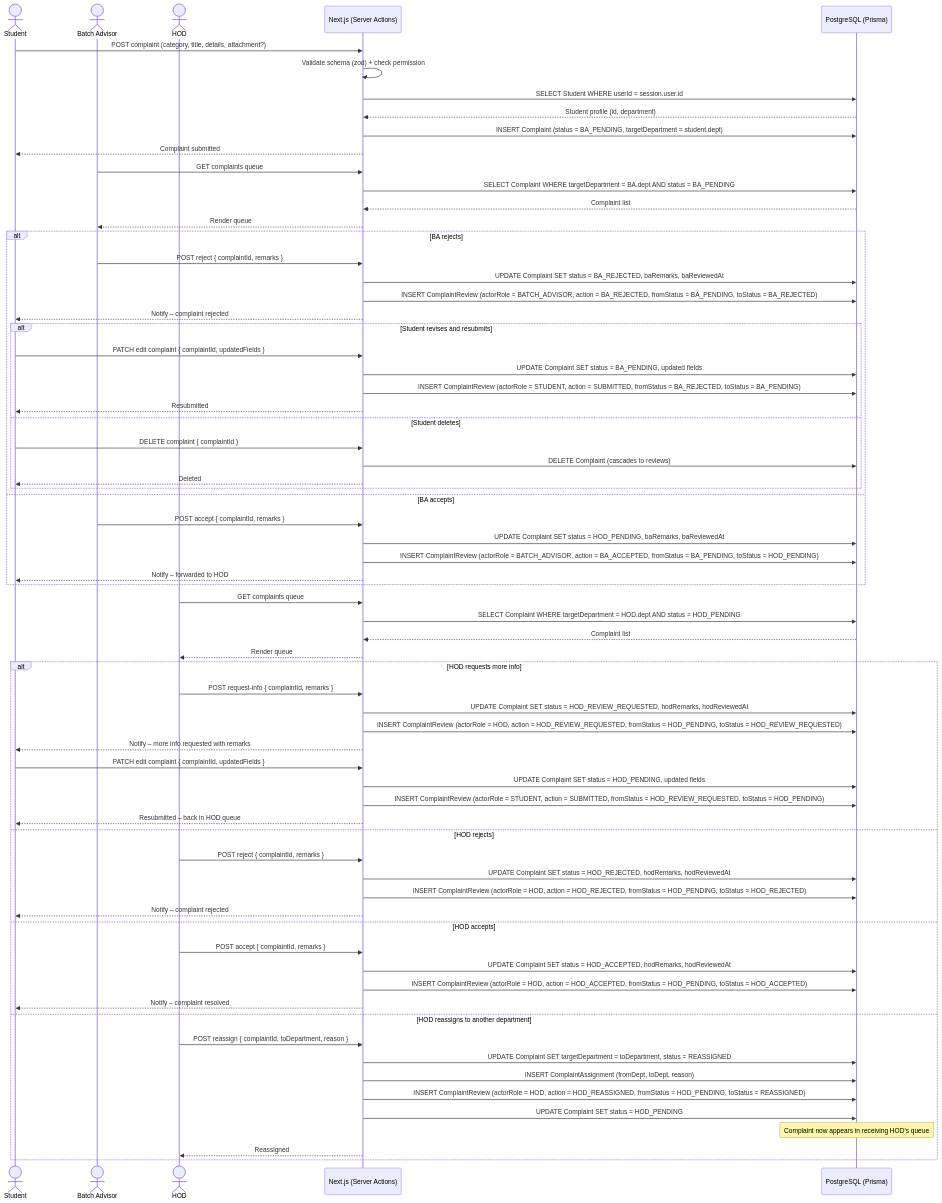
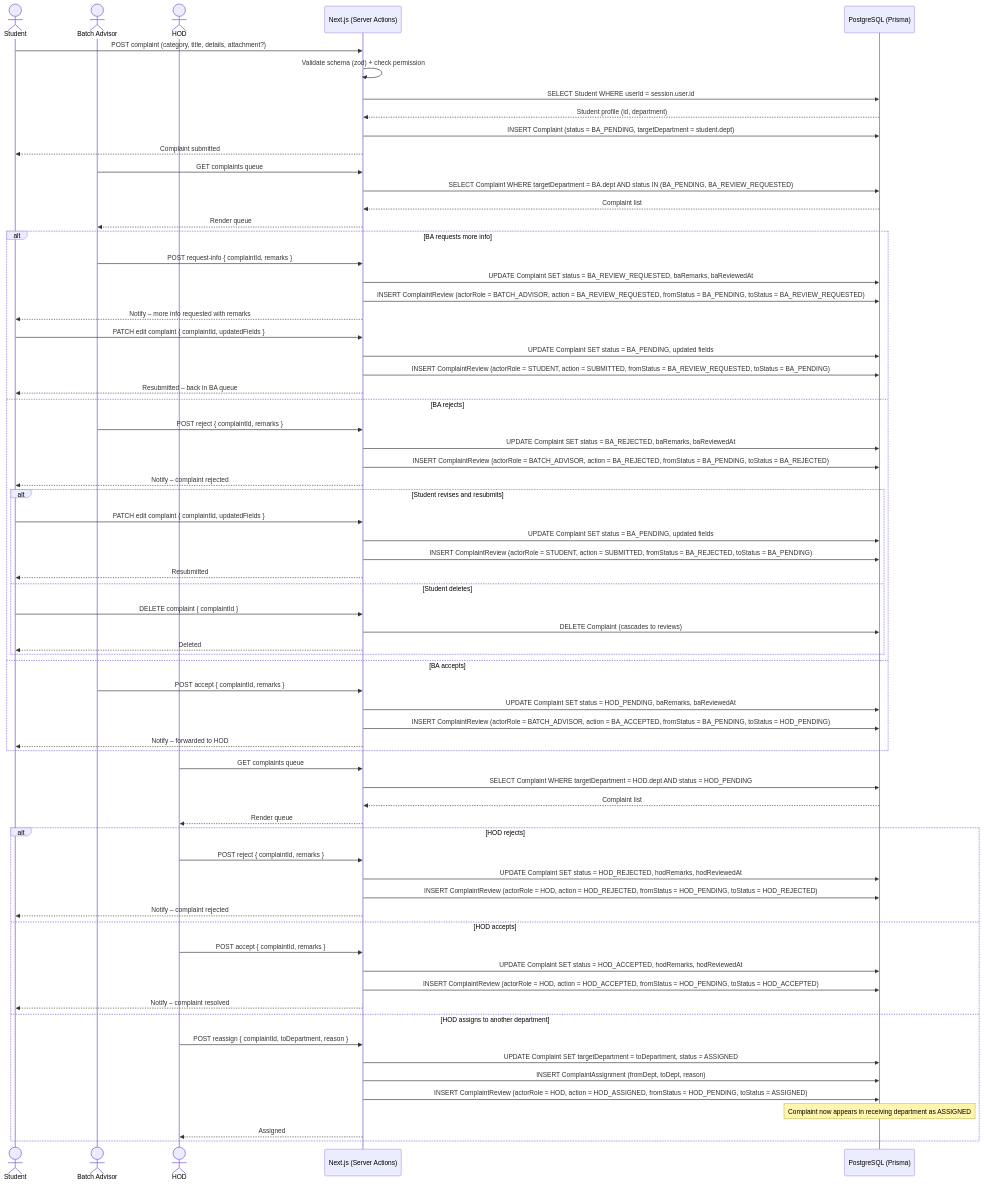
The fourth of 5 diagrams in docs/05-sequence-diagrams.md (Ali1raz/portal-cui), drawn with Mermaid before and after one commit. The commit also changed other lines of this file and 4 other files, not shown here.

Commit message:
docs: update leave request and complaint flow

````diff
--- a/docs/05-sequence-diagrams.md
+++ b/docs/05-sequence-diagrams.md
@@ -197,76 +197,75 @@
 ```mermaid
 sequenceDiagram
     actor Student
     actor BA as Batch Advisor
     actor HOD
     participant Portal as Next.js (Server Actions)
     participant DB as PostgreSQL (Prisma)
 
     Student->>Portal: POST complaint (category, title, details, attachment?)
     Portal->>Portal: Validate schema (zod) + check permission
     Portal->>DB: SELECT Student WHERE userId = session.user.id
     DB-->>Portal: Student profile (id, department)
     Portal->>DB: INSERT Complaint (status = BA_PENDING, targetDepartment = student.dept)
     Portal-->>Student: Complaint submitted
 
     BA->>Portal: GET complaints queue
-    Portal->>DB: SELECT Complaint WHERE targetDepartment = BA.dept AND status = BA_PENDING
+    Portal->>DB: SELECT Complaint WHERE targetDepartment = BA.dept AND status IN (BA_PENDING, BA_REVIEW_REQUESTED)
     DB-->>Portal: Complaint list
     Portal-->>BA: Render queue
 
-    alt BA rejects
+    alt BA requests more info
+        BA->>Portal: POST request-info { complaintId, remarks }
+        Portal->>DB: UPDATE Complaint SET status = BA_REVIEW_REQUESTED, baRemarks, baReviewedAt
+        Portal->>DB: INSERT ComplaintReview (actorRole = BATCH_ADVISOR, action = BA_REVIEW_REQUESTED, fromStatus = BA_PENDING, toStatus = BA_REVIEW_REQUESTED)
+        Portal-->>Student: Notify – more info requested with remarks
+        Student->>Portal: PATCH edit complaint { complaintId, updatedFields }
+        Portal->>DB: UPDATE Complaint SET status = BA_PENDING, updated fields
+        Portal->>DB: INSERT ComplaintReview (actorRole = STUDENT, action = SUBMITTED, fromStatus = BA_REVIEW_REQUESTED, toStatus = BA_PENDING)
+        Portal-->>Student: Resubmitted – back in BA queue
+    else BA rejects
         BA->>Portal: POST reject { complaintId, remarks }
         Portal->>DB: UPDATE Complaint SET status = BA_REJECTED, baRemarks, baReviewedAt
         Portal->>DB: INSERT ComplaintReview (actorRole = BATCH_ADVISOR, action = BA_REJECTED, fromStatus = BA_PENDING, toStatus = BA_REJECTED)
         Portal-->>Student: Notify – complaint rejected
         alt Student revises and resubmits
             Student->>Portal: PATCH edit complaint { complaintId, updatedFields }
             Portal->>DB: UPDATE Complaint SET status = BA_PENDING, updated fields
             Portal->>DB: INSERT ComplaintReview (actorRole = STUDENT, action = SUBMITTED, fromStatus = BA_REJECTED, toStatus = BA_PENDING)
             Portal-->>Student: Resubmitted
         else Student deletes
             Student->>Portal: DELETE complaint { complaintId }
             Portal->>DB: DELETE Complaint (cascades to reviews)
             Portal-->>Student: Deleted
         end
     else BA accepts
         BA->>Portal: POST accept { complaintId, remarks }
         Portal->>DB: UPDATE Complaint SET status = HOD_PENDING, baRemarks, baReviewedAt
         Portal->>DB: INSERT ComplaintReview (actorRole = BATCH_ADVISOR, action = BA_ACCEPTED, fromStatus = BA_PENDING, toStatus = HOD_PENDING)
         Portal-->>Student: Notify – forwarded to HOD
     end
 
     HOD->>Portal: GET complaints queue
     Portal->>DB: SELECT Complaint WHERE targetDepartment = HOD.dept AND status = HOD_PENDING
     DB-->>Portal: Complaint list
     Portal-->>HOD: Render queue
 
-    alt HOD requests more info
-        HOD->>Portal: POST request-info { complaintId, remarks }
-        Portal->>DB: UPDATE Complaint SET status = HOD_REVIEW_REQUESTED, hodRemarks, hodReviewedAt
-        Portal->>DB: INSERT ComplaintReview (actorRole = HOD, action = HOD_REVIEW_REQUESTED, fromStatus = HOD_PENDING, toStatus = HOD_REVIEW_REQUESTED)
-        Portal-->>Student: Notify – more info requested with remarks
-        Student->>Portal: PATCH edit complaint { complaintId, updatedFields }
-        Portal->>DB: UPDATE Complaint SET status = HOD_PENDING, updated fields
-        Portal->>DB: INSERT ComplaintReview (actorRole = STUDENT, action = SUBMITTED, fromStatus = HOD_REVIEW_REQUESTED, toStatus = HOD_PENDING)
-        Portal-->>Student: Resubmitted – back in HOD queue
-    else HOD rejects
+    alt HOD rejects
         HOD->>Portal: POST reject { complaintId, remarks }
         Portal->>DB: UPDATE Complaint SET status = HOD_REJECTED, hodRemarks, hodReviewedAt
         Portal->>DB: INSERT ComplaintReview (actorRole = HOD, action = HOD_REJECTED, fromStatus = HOD_PENDING, toStatus = HOD_REJECTED)
         Portal-->>Student: Notify – complaint rejected
     else HOD accepts
         HOD->>Portal: POST accept { complaintId, remarks }
         Portal->>DB: UPDATE Complaint SET status = HOD_ACCEPTED, hodRemarks, hodReviewedAt
         Portal->>DB: INSERT ComplaintReview (actorRole = HOD, action = HOD_ACCEPTED, fromStatus = HOD_PENDING, toStatus = HOD_ACCEPTED)
         Portal-->>Student: Notify – complaint resolved
-    else HOD reassigns to another department
+    else HOD assigns to another department
         HOD->>Portal: POST reassign { complaintId, toDepartment, reason }
-        Portal->>DB: UPDATE Complaint SET targetDepartment = toDepartment, status = REASSIGNED
+        Portal->>DB: UPDATE Complaint SET targetDepartment = toDepartment, status = ASSIGNED
         Portal->>DB: INSERT ComplaintAssignment (fromDept, toDept, reason)
-        Portal->>DB: INSERT ComplaintReview (actorRole = HOD, action = HOD_REASSIGNED, fromStatus = HOD_PENDING, toStatus = REASSIGNED)
-        Portal->>DB: UPDATE Complaint SET status = HOD_PENDING
-        Note over DB: Complaint now appears in receiving HOD's queue
-        Portal-->>HOD: Reassigned
+        Portal->>DB: INSERT ComplaintReview (actorRole = HOD, action = HOD_ASSIGNED, fromStatus = HOD_PENDING, toStatus = ASSIGNED)
+        Note over DB: Complaint now appears in receiving department as ASSIGNED
+        Portal-->>HOD: Assigned
     end
 ```
````
